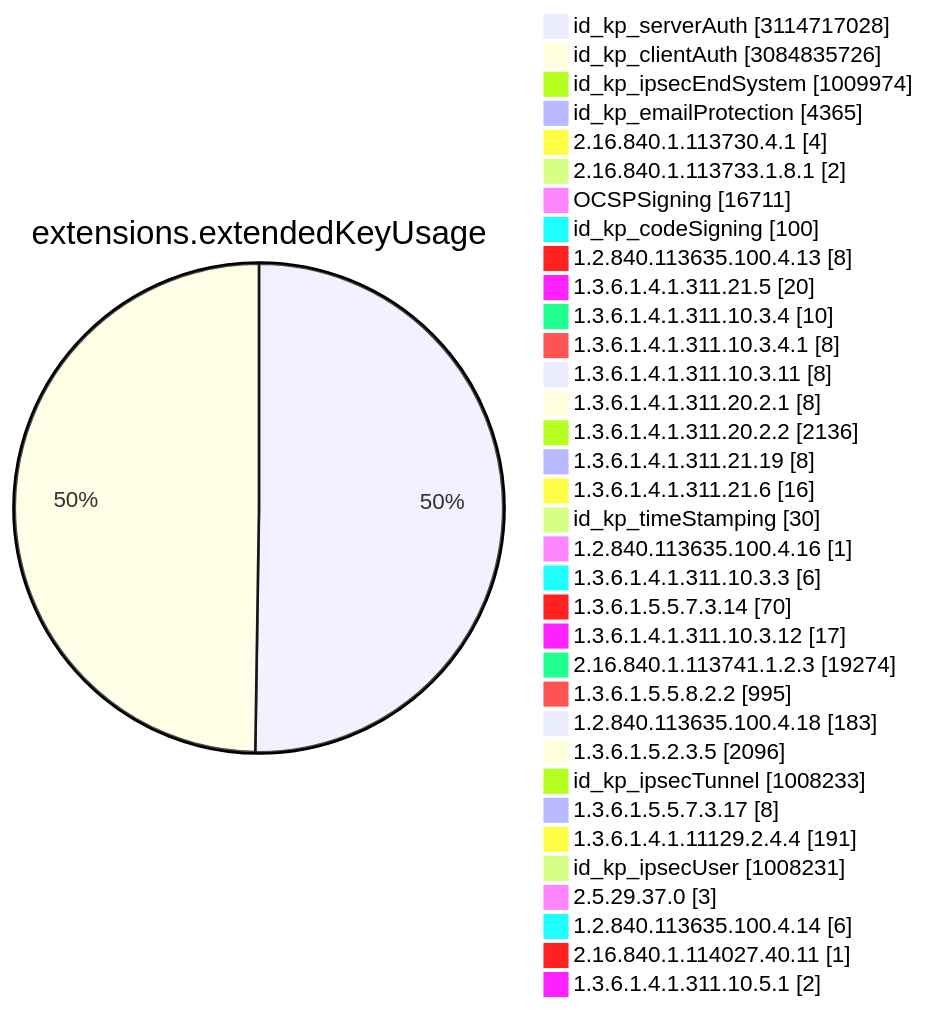
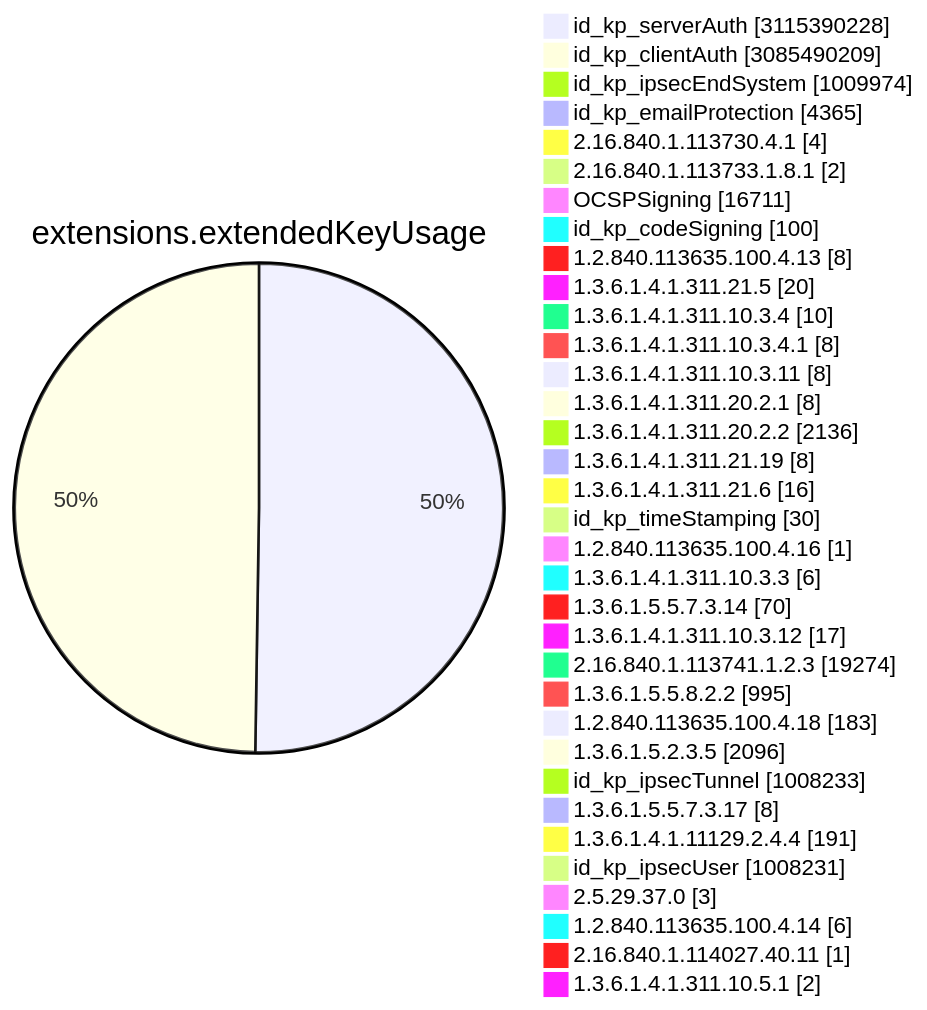
Before and after one commit to christiankrug/ctmonitor_visualization: diagram 11 of 15 in TOTAL/README.md, drawn with Mermaid. The commit also changed other lines of this file, not shown here.

````diff
--- a/TOTAL/README.md
+++ b/TOTAL/README.md
@@ -4117,38 +4117,38 @@
 ```mermaid
 pie showData
 title extensions.extendedKeyUsage
-"id_kp_serverAuth" :3114717028
-"id_kp_clientAuth" :3084835726
+"id_kp_serverAuth" :3115390228
+"id_kp_clientAuth" :3085490209
 "id_kp_ipsecEndSystem" :1009974
 "id_kp_emailProtection" :4365
 "2.16.840.1.113730.4.1" :4
 "2.16.840.1.113733.1.8.1" :2
 "OCSPSigning" :16711
 "id_kp_codeSigning" :100
 "1.2.840.113635.100.4.13" :8
 "1.3.6.1.4.1.311.21.5" :20
 "1.3.6.1.4.1.311.10.3.4" :10
 "1.3.6.1.4.1.311.10.3.4.1" :8
 "1.3.6.1.4.1.311.10.3.11" :8
 "1.3.6.1.4.1.311.20.2.1" :8
 "1.3.6.1.4.1.311.20.2.2" :2136
 "1.3.6.1.4.1.311.21.19" :8
 "1.3.6.1.4.1.311.21.6" :16
 "id_kp_timeStamping" :30
 "1.2.840.113635.100.4.16" :1
 "1.3.6.1.4.1.311.10.3.3" :6
 "1.3.6.1.5.5.7.3.14" :70
 "1.3.6.1.4.1.311.10.3.12" :17
 "2.16.840.1.113741.1.2.3" :19274
 "1.3.6.1.5.5.8.2.2" :995
 "1.2.840.113635.100.4.18" :183
 "1.3.6.1.5.2.3.5" :2096
 "id_kp_ipsecTunnel" :1008233
 "1.3.6.1.5.5.7.3.17" :8
 "1.3.6.1.4.1.11129.2.4.4" :191
 "id_kp_ipsecUser" :1008231
 "2.5.29.37.0" :3
 "1.2.840.113635.100.4.14" :6
 "2.16.840.1.114027.40.11" :1
 "1.3.6.1.4.1.311.10.5.1" :2
 ```
````
